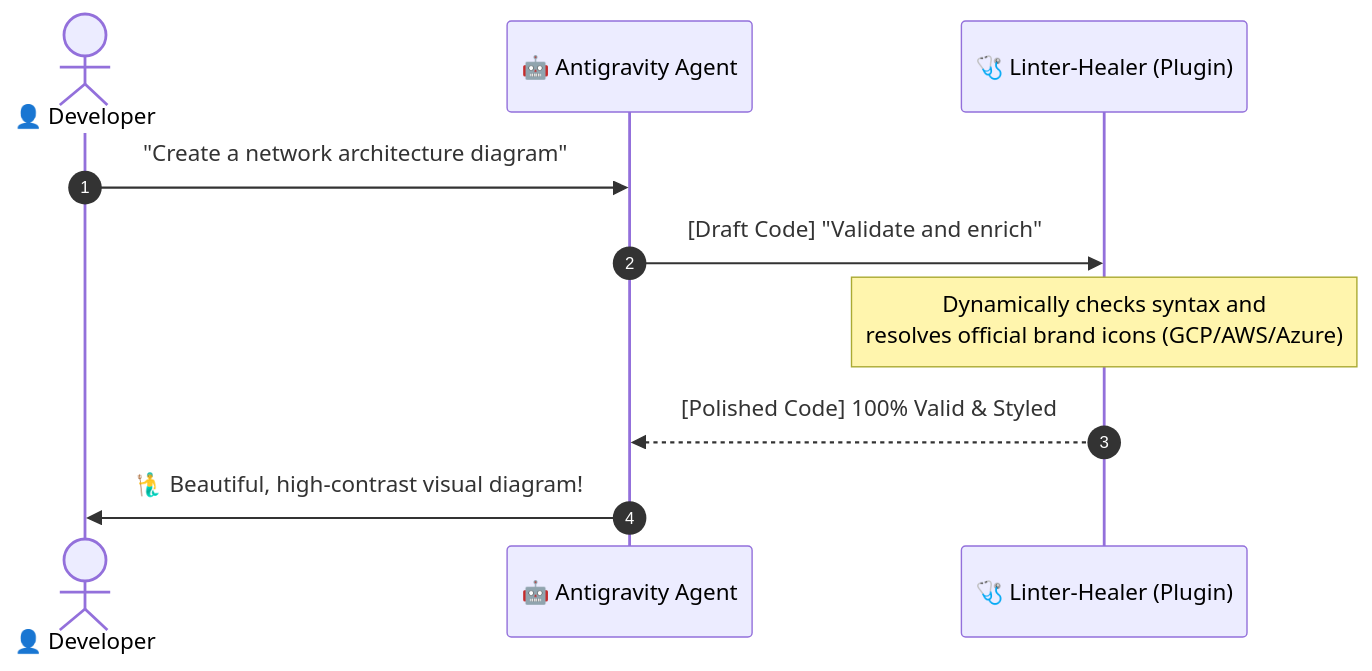
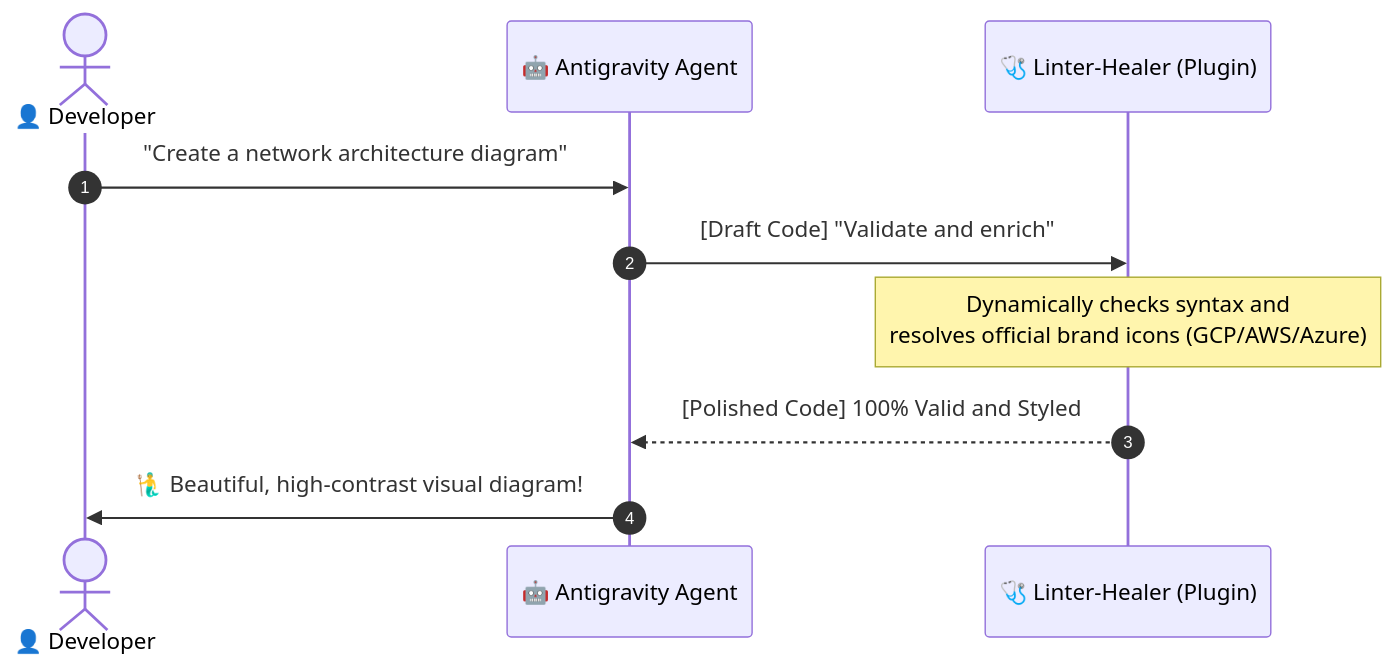
One commit to JuanKRuiz/jk-agy-mermaid changed the diagram in README.md. Above: the diagram before and after it, drawn with Mermaid.

Commit message:
fix(readme): replace remaining ampersand with standard text in sequence diagram

````diff
--- a/README.md
+++ b/README.md
@@ -17,13 +17,13 @@
 ```mermaid
 sequenceDiagram
     autonumber
     actor User as 👤 Developer
     participant Agent as 🤖 Antigravity Agent
     participant Healer as 🩺 Linter-Healer (Plugin)
     
     User->>Agent: "Create a network architecture diagram"
     Agent->>Healer: [Draft Code] "Validate and enrich"
     Note over Healer: Dynamically checks syntax and<br/>resolves official brand icons (GCP/AWS/Azure)
-    Healer-->>Agent: [Polished Code] 100% Valid & Styled
+    Healer-->>Agent: [Polished Code] 100% Valid and Styled
     Agent->>User: 🧜‍♂️ Beautiful, high-contrast visual diagram!
 ```
````
